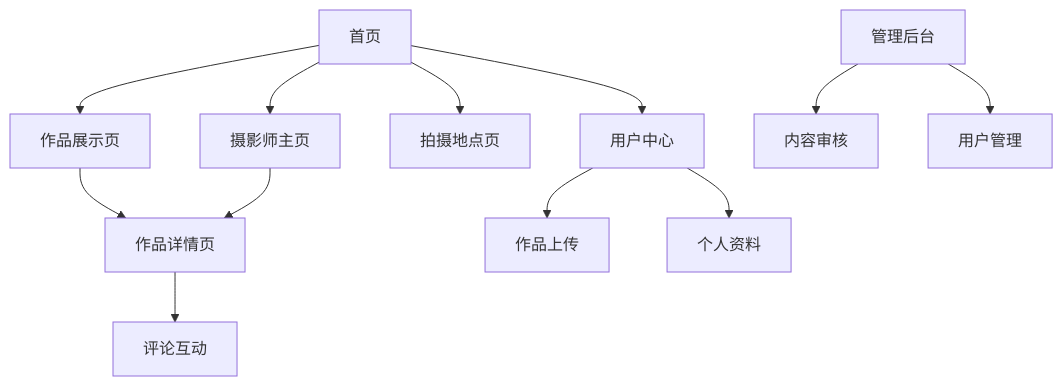
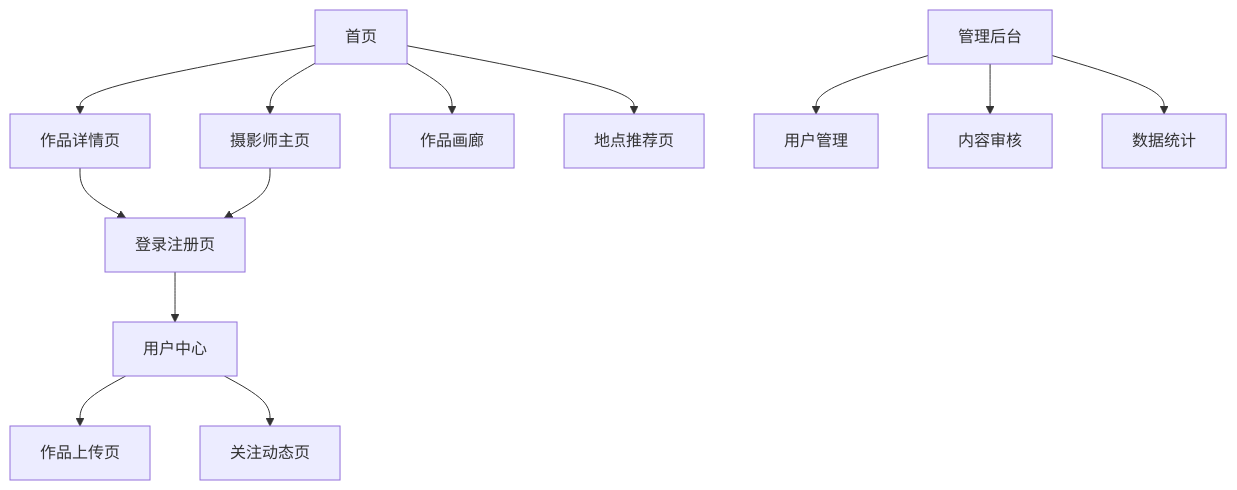
Before and after one commit to linlinlin-zhang/StoryTeller: the diagram in .trae/documents/摄影交流平台产品需求文档.md, drawn with Mermaid. The commit also changed other lines of this file and 42 other files, not shown here.

````diff
--- a/.trae/documents/摄影交流平台产品需求文档.md
+++ b/.trae/documents/摄影交流平台产品需求文档.md
@@ -68,14 +84,15 @@
 ```mermaid
 graph TD
-    A[首页] --> B[作品展示页]
+    A[首页] --> B[作品详情页]
     A --> C[摄影师主页]
-    A --> D[拍摄地点页]
-    B --> E[作品详情页]
-    C --> E
-    E --> F[评论互动]
-    A --> G[用户中心]
-    G --> H[作品上传]
-    G --> I[个人资料]
-    J[管理后台] --> K[内容审核]
-    J --> L[用户管理]
+    A --> D[作品画廊]
+    A --> E[地点推荐页]
+    B --> F[登录注册页]
+    C --> F
+    F --> G[用户中心]
+    G --> H[作品上传页]
+    G --> I[关注动态页]
+    J[管理后台] --> K[用户管理]
+    J --> L[内容审核]
+    J --> M[数据统计]
 ```
````
